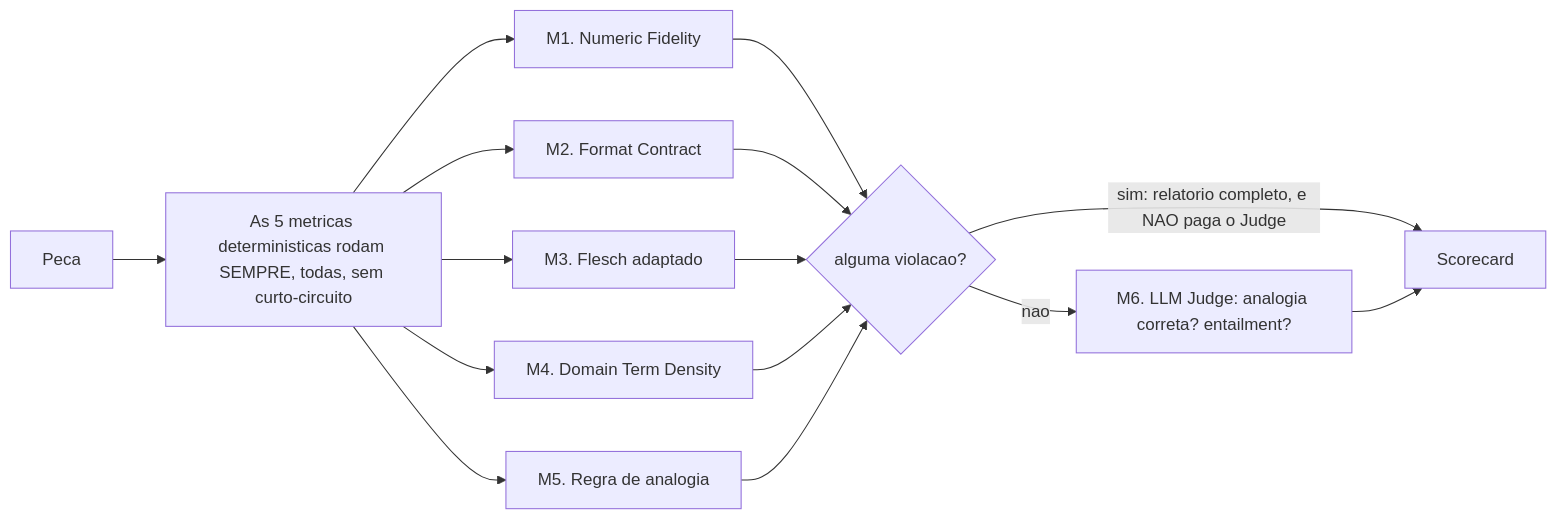
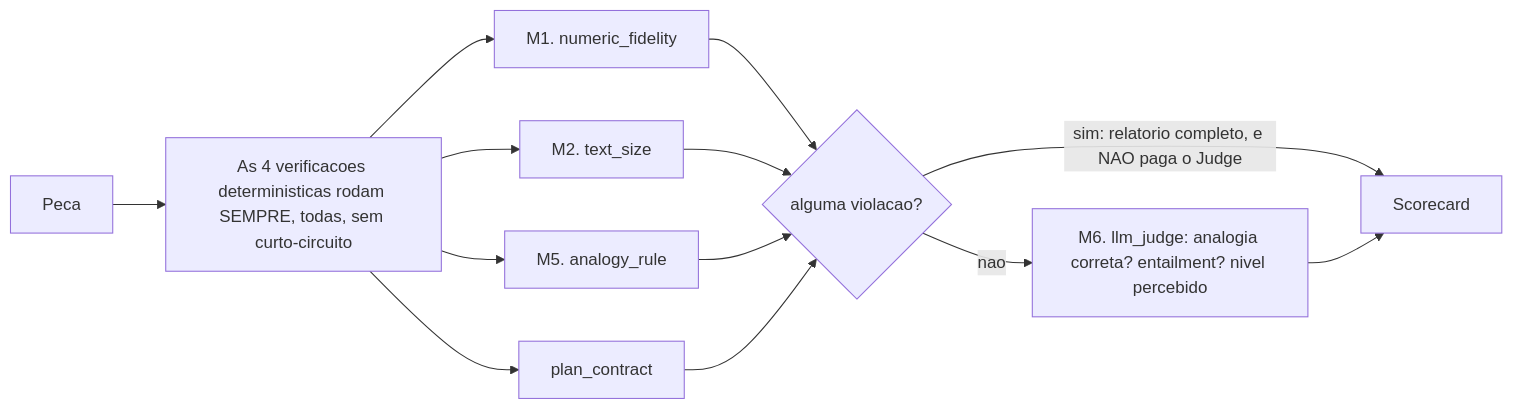
Before and after one commit to lcordeirokopke/Sunointent: the second of 3 diagrams in docs/arquiteturas.md, drawn with Mermaid. The commit also changed other lines of this file and 17 other files, not shown here.

````diff
--- a/docs/arquiteturas.md
+++ b/docs/arquiteturas.md
@@ -566,17 +595,15 @@
 ```mermaid
 flowchart LR
-    P["Peca"] --> DET["As 5 metricas deterministicas rodam SEMPRE, todas, sem curto-circuito"]
-    DET --> M1["M1. Numeric Fidelity"]
-    DET --> M2["M2. Format Contract"]
-    DET --> M3["M3. Flesch adaptado"]
-    DET --> M4["M4. Domain Term Density"]
-    DET --> M5["M5. Regra de analogia"]
+    P["Peca"] --> DET["As 4 verificacoes deterministicas rodam SEMPRE, todas, sem curto-circuito"]
+    DET --> M1["M1. numeric_fidelity"]
+    DET --> M2["M2. text_size"]
+    DET --> M5["M5. analogy_rule"]
+    DET --> PC["plan_contract"]
     M1 --> G{"alguma violacao?"}
     M2 --> G
-    M3 --> G
-    M4 --> G
     M5 --> G
+    PC --> G
     G -->|"sim: relatorio completo, e NAO paga o Judge"| SC["Scorecard"]
-    G -->|nao| J["M6. LLM Judge: analogia correta? entailment?"]
+    G -->|nao| J["M6. llm_judge: analogia correta? entailment? nivel percebido"]
     J --> SC
 ```
````
